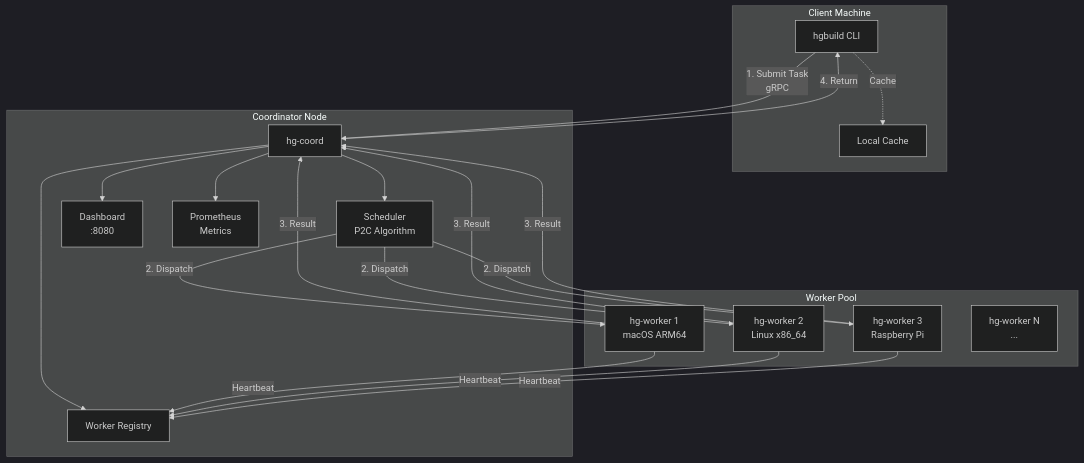
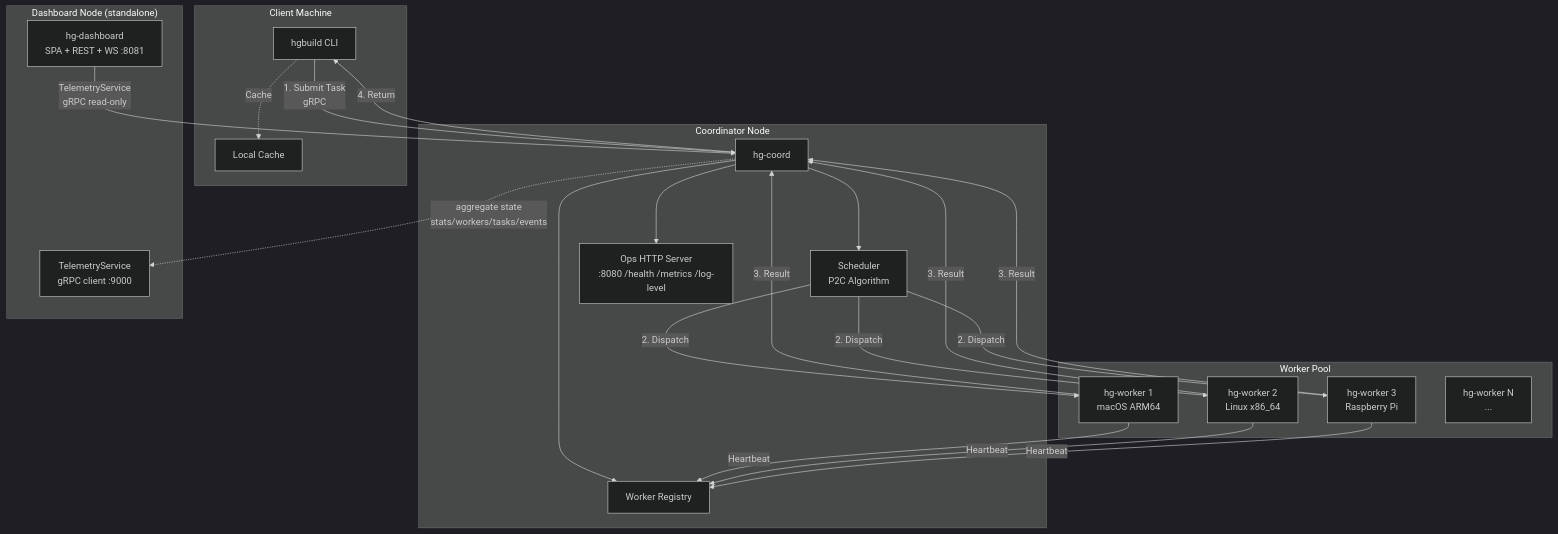
Before and after one commit to hybrid-grid/hybridgrid: the first of 12 diagrams in docs/architecture-diagrams.md, drawn with Mermaid (dark theme). The commit also changed other lines of this file and 13 other files, not shown here.

Commit message:
docs: document standalone hg-dashboard deployment

````diff
--- a/docs/architecture-diagrams.md
+++ b/docs/architecture-diagrams.md
@@ -7,41 +7,46 @@
 ```mermaid
 graph TB
     subgraph Client["Client Machine"]
         CLI[hgbuild CLI]
         LC[Local Cache]
     end
 
     subgraph Coordinator["Coordinator Node"]
         COORD[hg-coord]
         SCHED[Scheduler<br/>P2C Algorithm]
         REG[Worker Registry]
-        DASH[Dashboard<br/>:8080]
-        METRICS[Prometheus<br/>Metrics]
+        OPS[Ops HTTP Server<br/>:8080 /health /metrics /log-level]
+    end
+
+    subgraph Dashboard["Dashboard Node (standalone)"]
+        DASH[hg-dashboard<br/>SPA + REST + WS :8081]
+        TELEM[TelemetryService<br/>gRPC client :9000]
     end
 
     subgraph Workers["Worker Pool"]
         W1[hg-worker 1<br/>macOS ARM64]
         W2[hg-worker 2<br/>Linux x86_64]
         W3[hg-worker 3<br/>Raspberry Pi]
         W4[hg-worker N<br/>...]
     end
 
     CLI -->|"1. Submit Task<br/>gRPC"| COORD
     COORD --> SCHED
     COORD --> REG
-    COORD --> DASH
-    COORD --> METRICS
+    COORD --> OPS
+    DASH -->|"TelemetryService<br/>gRPC read-only"| COORD
+    COORD -.->|"aggregate state<br/>stats/workers/tasks/events"| TELEM
 
     SCHED -->|"2. Dispatch"| W1
     SCHED -->|"2. Dispatch"| W2
     SCHED -->|"2. Dispatch"| W3
 
     W1 -->|"3. Result"| COORD
     W2 -->|"3. Result"| COORD
     W3 -->|"3. Result"| COORD
 
     COORD -->|"4. Return"| CLI
     CLI -.->|"Cache"| LC
 
     W1 & W2 & W3 -->|Heartbeat| REG
 ```
````
